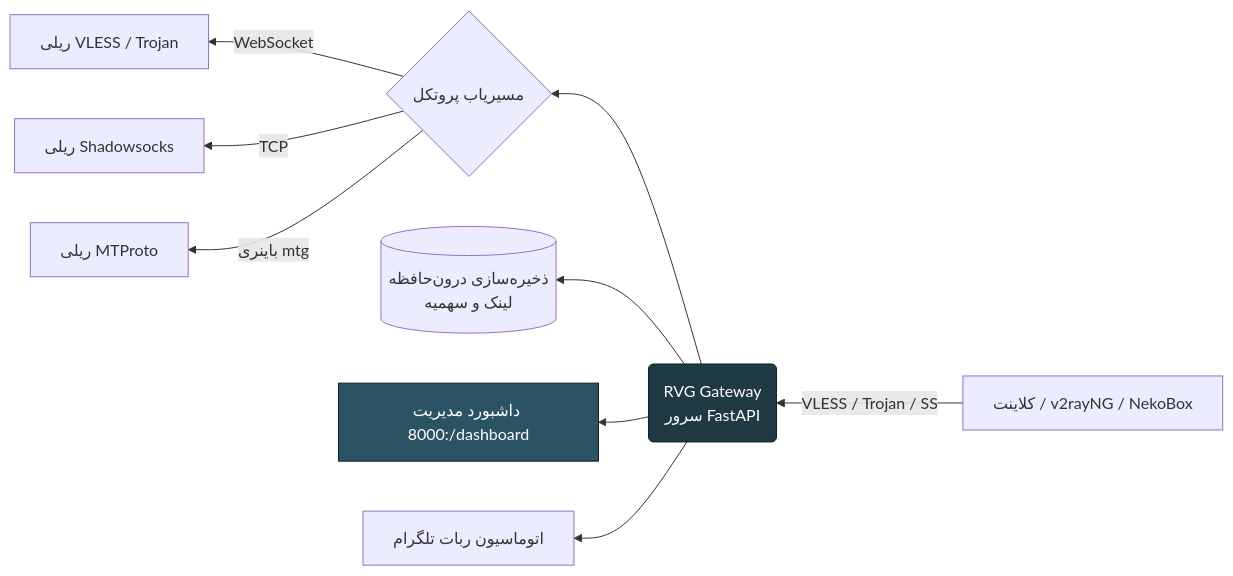
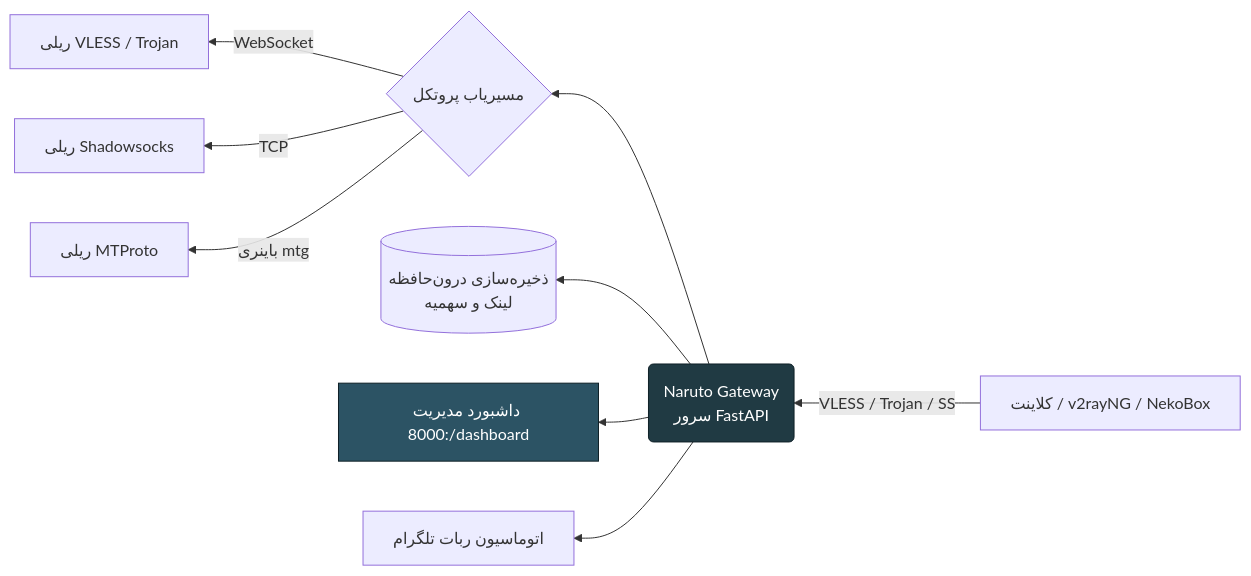
Before and after one commit to asssddddd2ddcc-ai/NRPNeL: the second of 2 diagrams in README.md, drawn with Mermaid. The commit also changed other lines of this file, not shown here.

````diff
--- a/README.md
+++ b/README.md
@@ -404,13 +404,13 @@
 ```mermaid
 flowchart RL
-    A[کلاینت / v2rayNG / NekoBox] -->|VLESS / Trojan / SS| B(RVG Gateway<br/>سرور FastAPI)
+    A[کلاینت / v2rayNG / NekoBox] -->|VLESS / Trojan / SS| B(Naruto Gateway<br/>سرور FastAPI)
     B --> C{مسیریاب پروتکل}
     C -->|WebSocket| D[ریلی VLESS / Trojan]
     C -->|TCP| E[ریلی Shadowsocks]
     C -->|باینری mtg| F[ریلی MTProto]
     B --> G[(ذخیره‌سازی درون‌حافظه<br/>لینک و سهمیه)]
     B --> H[داشبورد مدیریت :8000/dashboard]
     B --> I[اتوماسیون ربات تلگرام]
     style B fill:#203a43,stroke:#0f2027,color:#fff
     style H fill:#2c5364,stroke:#0f2027,color:#fff
 ```
````
